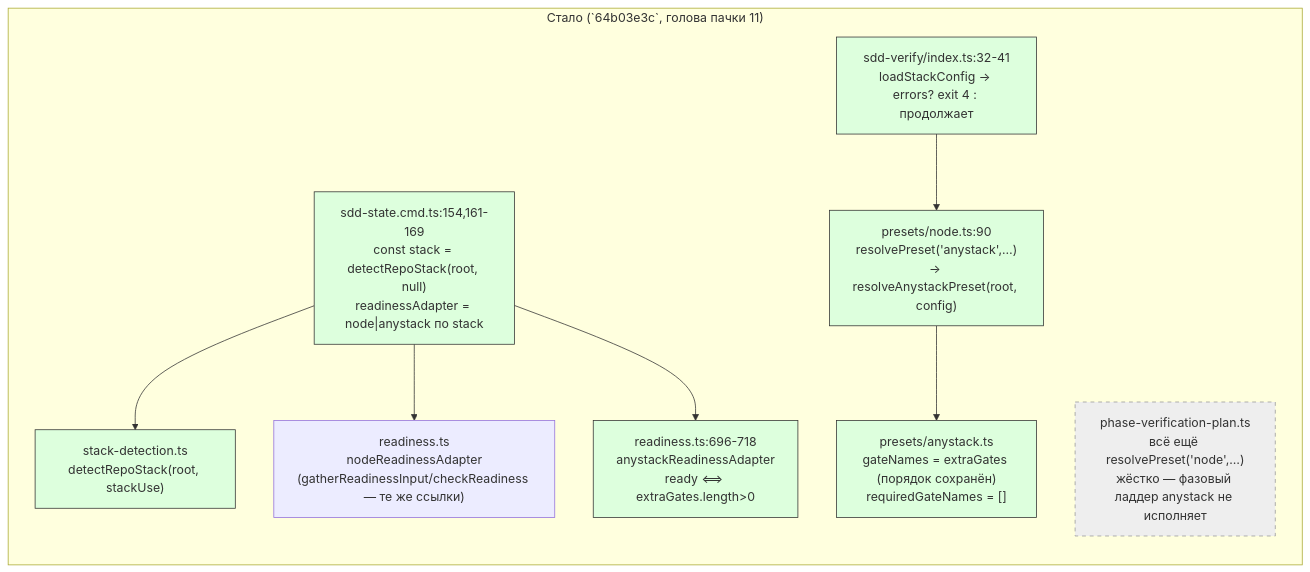
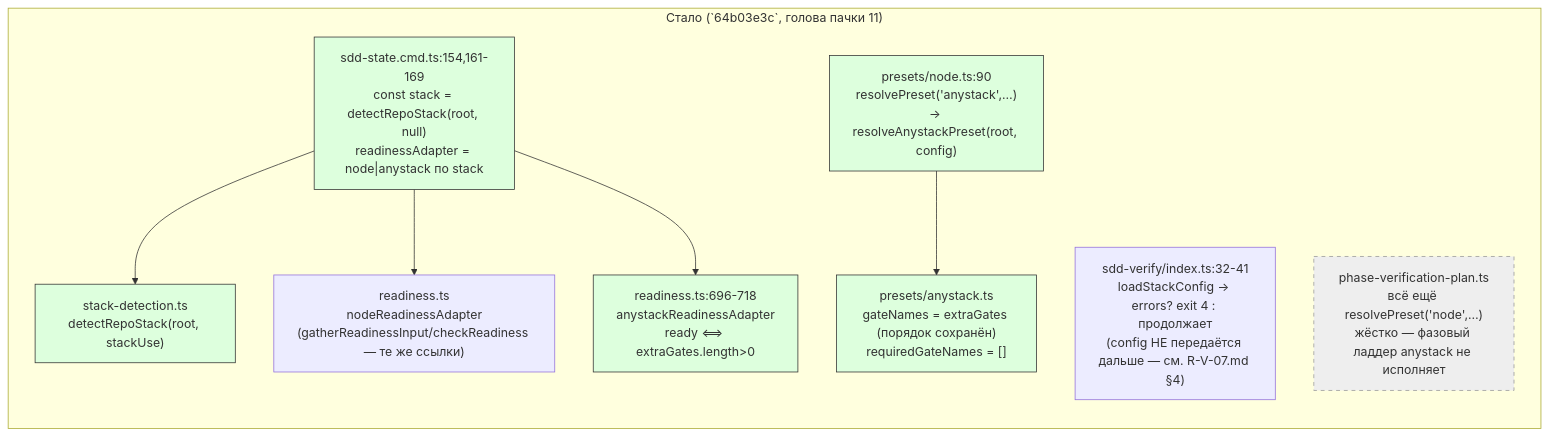
The second of 2 diagrams in ai/drafts/research/sdd-v1-to-v2-transfer/_raw/reports/R-BATCH-11-verify-stacks.md (RubaXa/gennady), drawn with Mermaid before and after one commit. The commit also changed other lines of this file and 4 other files, not shown here.

````diff
--- a/ai/drafts/research/sdd-v1-to-v2-transfer/_raw/reports/R-BATCH-11-verify-stacks.md
+++ b/ai/drafts/research/sdd-v1-to-v2-transfer/_raw/reports/R-BATCH-11-verify-stacks.md
@@ -67,25 +74,23 @@
 ```mermaid
 flowchart LR
   subgraph after["Стало (`64b03e3c`, голова пачки 11)"]
     DETECT["stack-detection.ts\ndetectRepoStack(root, stackUse)"]
     STATE2["sdd-state.cmd.ts:154,161-169\nconst stack = detectRepoStack(root, null)\nreadinessAdapter = node|anystack по stack"]
     NODEADP["readiness.ts\nnodeReadinessAdapter\n(gatherReadinessInput/checkReadiness — те же ссылки)"]
     ANYADP["readiness.ts:696-718\nanystackReadinessAdapter\nready ⟺ extraGates.length>0"]
-    VERIFY2["sdd-verify/index.ts:32-41\nloadStackConfig → errors? exit 4 : продолжает"]
+    VERIFY2["sdd-verify/index.ts:32-41\nloadStackConfig → errors? exit 4 : продолжает\n(config НЕ передаётся дальше — см. R-V-07.md §4)"]
     NODE2["presets/node.ts:90\nresolvePreset('anystack',…)\n→ resolveAnystackPreset(root, config)"]
     ANYPRESET["presets/anystack.ts\ngateNames = extraGates (порядок сохранён)\nrequiredGateNames = []"]
     PLAN3["phase-verification-plan.ts\nвсё ещё resolvePreset('node',…)\nжёстко — фазовый ладдер anystack не исполняет"]
     STATE2 --> DETECT
     STATE2 --> NODEADP
     STATE2 --> ANYADP
-    VERIFY2 --> NODE2
     NODE2 --> ANYPRESET
     style DETECT fill:#dfd,stroke:#333
     style STATE2 fill:#dfd,stroke:#333
     style ANYADP fill:#dfd,stroke:#333
-    style VERIFY2 fill:#dfd,stroke:#333
     style NODE2 fill:#dfd,stroke:#333
     style ANYPRESET fill:#dfd,stroke:#333
     style PLAN3 fill:#eee,stroke:#999,stroke-dasharray: 5 5
   end
 ```
````
